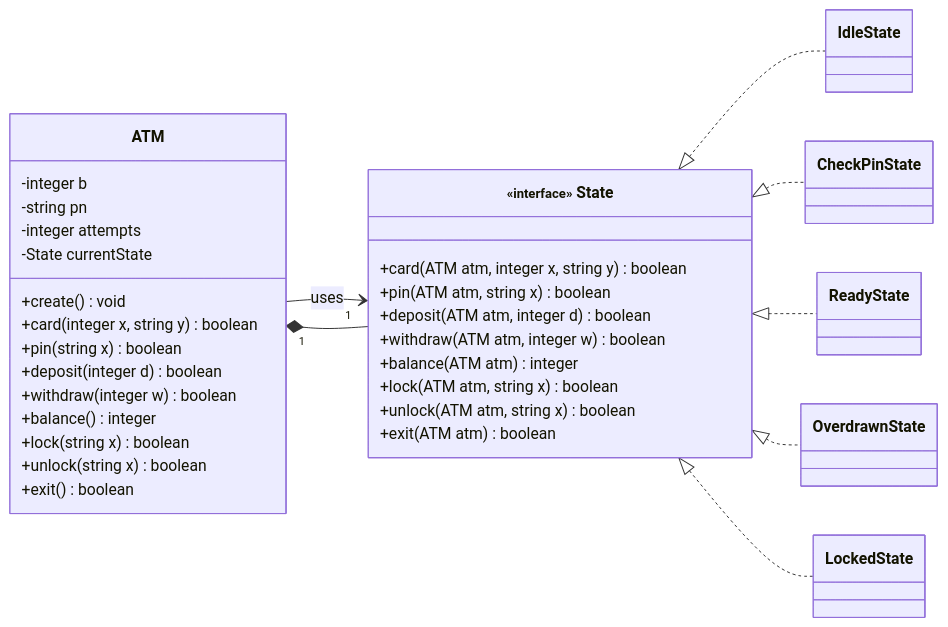
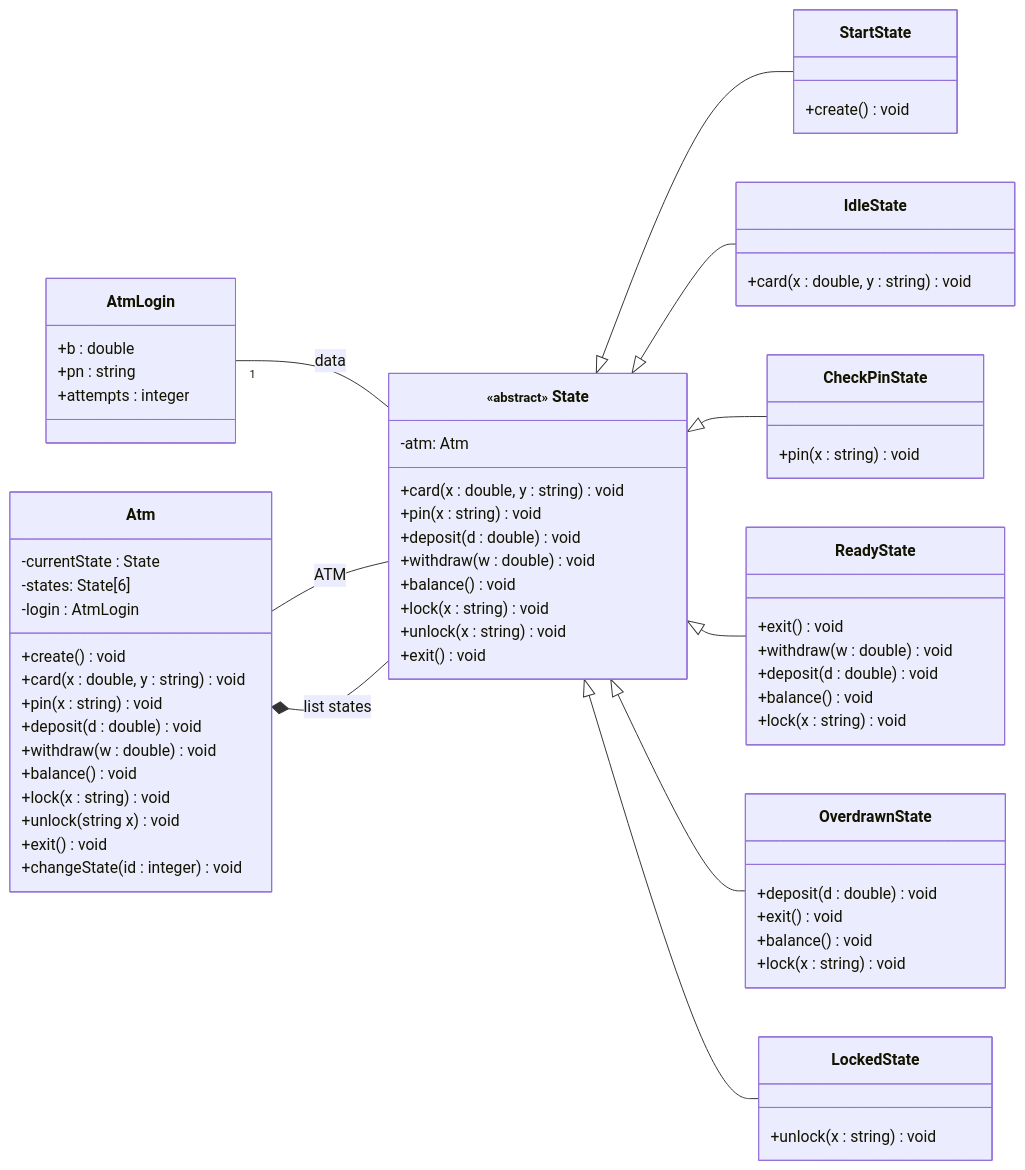
The fourth of 7 diagrams in assignments/hw1.md (hanggrian/IIT-CS586), drawn with Mermaid before and after one commit. The commit also changed other lines of this file and 6 other files, not shown here.

````diff
--- a/assignments/hw1.md
+++ b/assignments/hw1.md
@@ -452,43 +448,71 @@
 ```mermaid
 classDiagram
   direction LR
-  class ATM {
-    -integer b
-    -string pn
-    -integer attempts
-    -State currentState
+  class AtmLogin {
+    +b : double
+    +pn : string
+    +attempts : integer
+  }
+  class Atm {
+    -currentState : State
+    -states: State[6]
+    -login : AtmLogin
     +create() void
-    +card(integer x, string y) boolean
-    +pin(string x) boolean
-    +deposit(integer d) boolean
-    +withdraw(integer w) boolean
-    +balance() integer
-    +lock(string x) boolean
-    +unlock(string x) boolean
-    +exit() boolean
+    +card(x : double, y : string) void
+    +pin(x : string) void
+    +deposit(d : double) void
+    +withdraw(w : double) void
+    +balance() void
+    +lock(x : string) void
+    +unlock(string x) void
+    +exit() void
+    +changeState(id : integer) void
   }
-  class `<small>&laquo;interface&raquo;</small> State` {
-    +card(ATM atm, integer x, string y) boolean
-    +pin(ATM atm, string x) boolean
-    +deposit(ATM atm, integer d) boolean
-    +withdraw(ATM atm, integer w) boolean
-    +balance(ATM atm) integer
-    +lock(ATM atm, string x) boolean
-    +unlock(ATM atm, string x) boolean
-    +exit(ATM atm) boolean
+  class `<small>&laquo;abstract&raquo;</small> State` {
+    -atm: Atm
+    +card(x : double, y : string) void
+    +pin(x : string) void
+    +deposit(d : double) void
+    +withdraw(w : double) void
+    +balance() void
+    +lock(x : string) void
+    +unlock(x : string) void
+    +exit() void
   }
-  ATM --> `<small>&laquo;interface&raquo;</small> State` : uses
+  AtmLogin "1" -- `<small>&laquo;abstract&raquo;</small> State` : data
+  Atm -- `<small>&laquo;abstract&raquo;</small> State` : ATM
 
-  class IdleState
-  class CheckPinState
-  class ReadyState
-  class OverdrawnState
-  class LockedState
+  class StartState {
+    +create() void
+  }
+  class IdleState {
+    +card(x : double, y : string) void
+  }
+  class CheckPinState {
+    +pin(x : string) void
+  }
+  class ReadyState {
+    +exit() void
+    +withdraw(w : double) void
+    +deposit(d : double) void
+    +balance() void
+    +lock(x : string) void
+  }
+  class OverdrawnState {
+    +deposit(d : double) void
+    +exit() void
+    +balance() void
+    +lock(x : string) void
+  }
+  class LockedState {
+    +unlock(x : string) void
+  }
 
-  ATM "1" *-- "1"  `<small>&laquo;interface&raquo;</small> State`
-  `<small>&laquo;interface&raquo;</small> State` <|.. IdleState
-  `<small>&laquo;interface&raquo;</small> State` <|.. CheckPinState
-  `<small>&laquo;interface&raquo;</small> State` <|.. ReadyState
-  `<small>&laquo;interface&raquo;</small> State` <|.. OverdrawnState
-  `<small>&laquo;interface&raquo;</small> State` <|.. LockedState
+  Atm *-- `<small>&laquo;abstract&raquo;</small> State` : list states
+  `<small>&laquo;abstract&raquo;</small> State` <|-- StartState
+  `<small>&laquo;abstract&raquo;</small> State` <|-- IdleState
+  `<small>&laquo;abstract&raquo;</small> State` <|-- CheckPinState
+  `<small>&laquo;abstract&raquo;</small> State` <|-- ReadyState
+  `<small>&laquo;abstract&raquo;</small> State` <|-- OverdrawnState
+  `<small>&laquo;abstract&raquo;</small> State` <|-- LockedState
 ```
````
